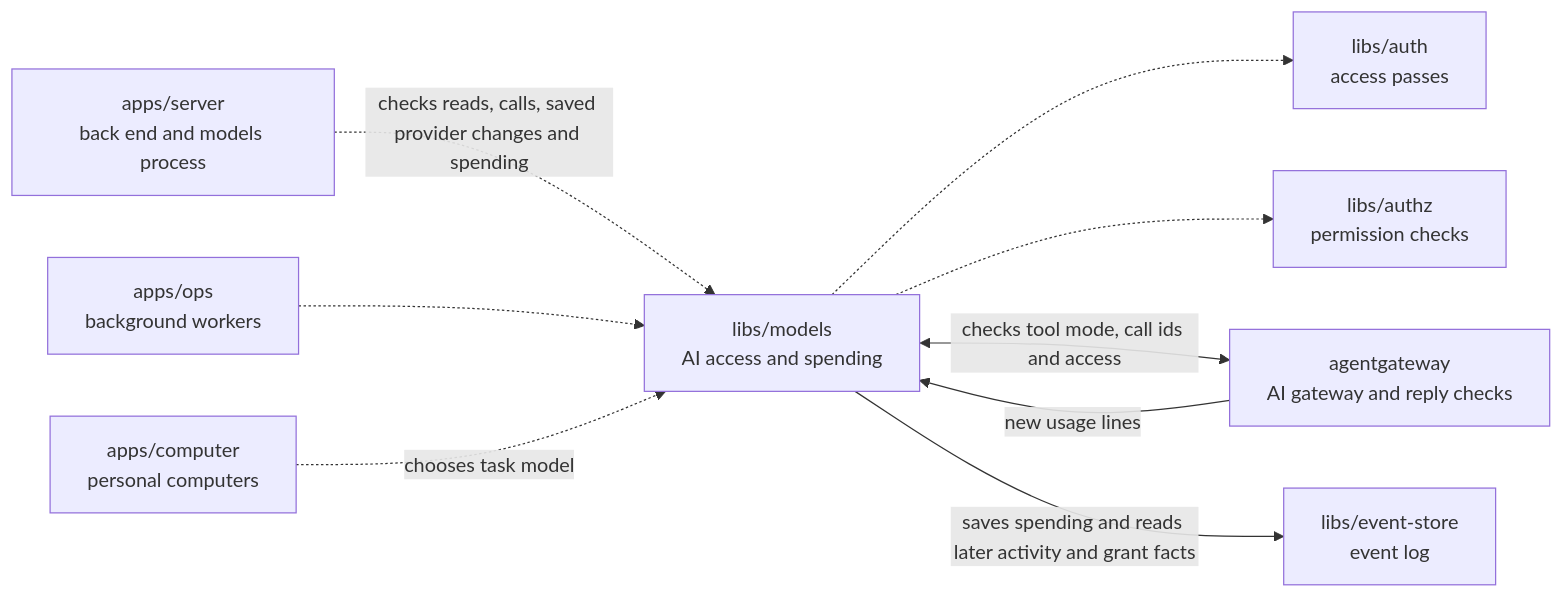
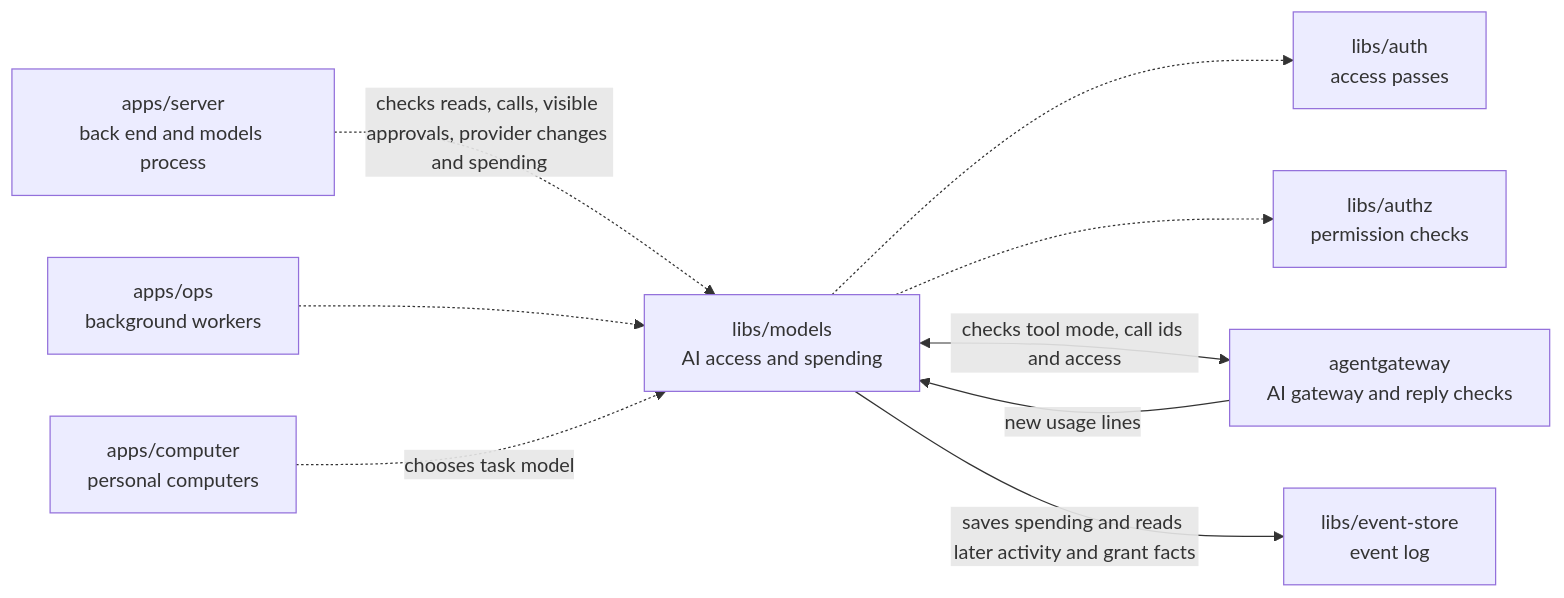
One commit to elewa-git/opencrane-new changed the diagram in libs/models/README.md. Above: the diagram before and after it, drawn with Mermaid. The commit also changed other lines of this file and 25 other files, not shown here.

````diff
--- a/libs/models/README.md
+++ b/libs/models/README.md
@@ -11,11 +11,11 @@
 ```mermaid
 flowchart LR
-  server["apps/server<br/>back end and models process"] -.->|checks reads, calls, saved provider changes and spending| models["libs/models<br/>AI access and spending"]
+  server["apps/server<br/>back end and models process"] -.->|checks reads, calls, visible approvals, provider changes and spending| models["libs/models<br/>AI access and spending"]
   ops["apps/ops<br/>background workers"] -.-> models
   computer["apps/computer<br/>personal computers"] -.->|chooses task model| models
   models -.-> auth["libs/auth<br/>access passes"]
   models -.-> authz["libs/authz<br/>permission checks"]
   models <-->|checks tool mode, call ids and access| gateway["agentgateway<br/>AI gateway and reply checks"]
   gateway -->|new usage lines| models
   models -->|saves spending and reads later activity and grant facts| store["libs/event-store<br/>event log"]
 ```
````
